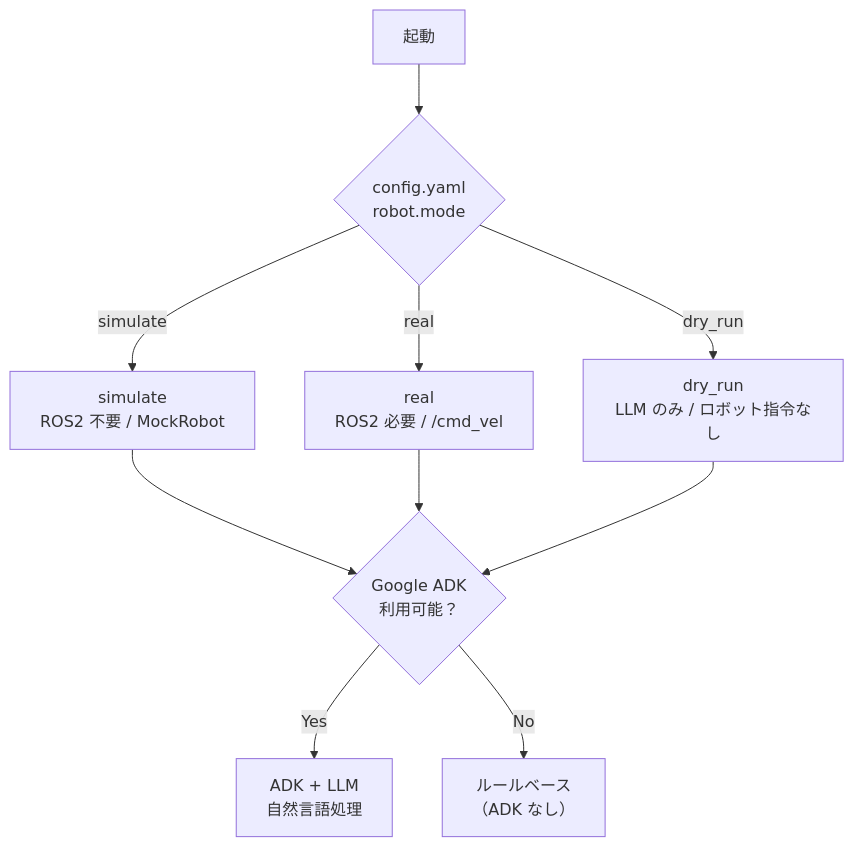
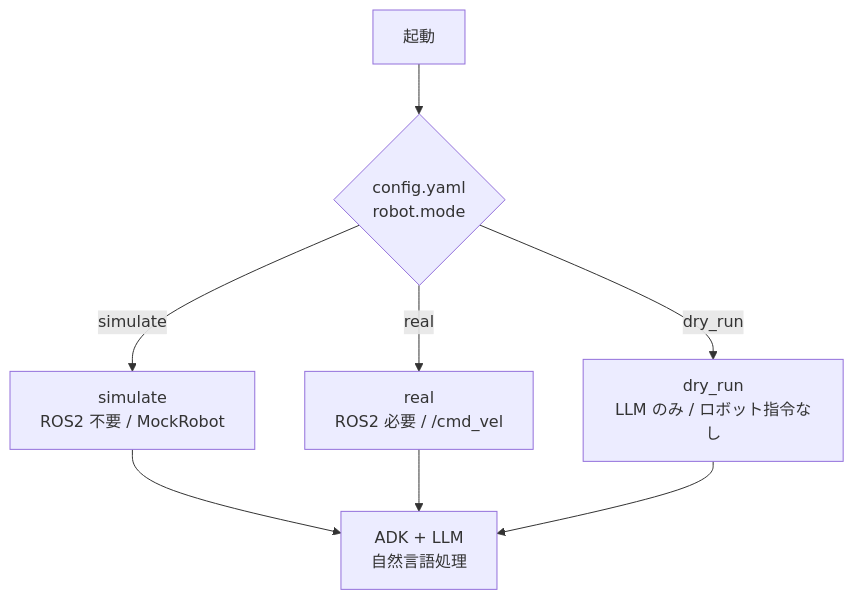
Before and after one commit to sato-susumu/susumu_agent: the first of 10 diagrams in docs/Design.md, drawn with Mermaid. The commit also changed other lines of this file and 21 other files, not shown here.

````diff
--- a/docs/Design.md
+++ b/docs/Design.md
@@ -73,19 +73,15 @@
 ```mermaid
 flowchart TD
     Start["起動"]
     Config{"config.yaml\nrobot.mode"}
     Simulate["simulate\nROS2 不要 / MockRobot"]
     Real["real\nROS2 必要 / /cmd_vel"]
     DryRun["dry_run\nLLM のみ / ロボット指令なし"]
-    ADK{"Google ADK\n利用可能？"}
     UseADK["ADK + LLM\n自然言語処理"]
-    RuleBased["ルールベース\n（ADK なし）"]
 
     Start --> Config
     Config -->|simulate| Simulate
     Config -->|real| Real
     Config -->|dry_run| DryRun
-    Simulate & Real & DryRun --> ADK
-    ADK -->|Yes| UseADK
-    ADK -->|No| RuleBased
+    Simulate & Real & DryRun --> UseADK
 ```
````
